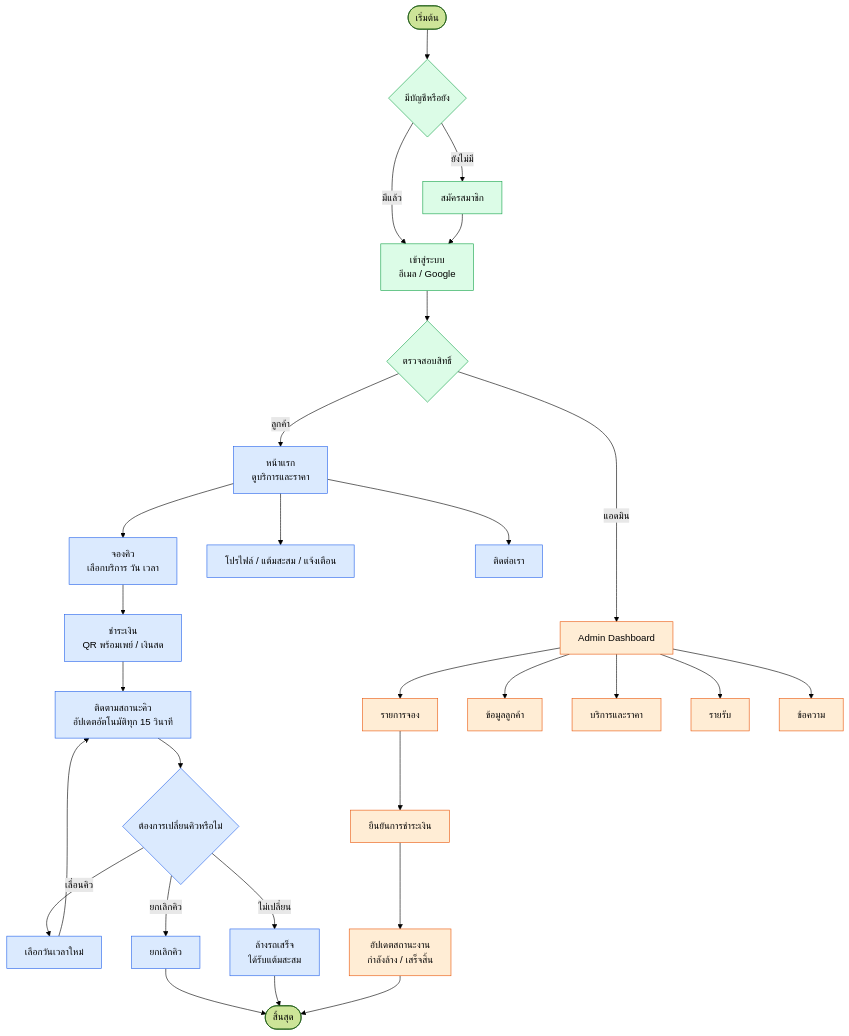
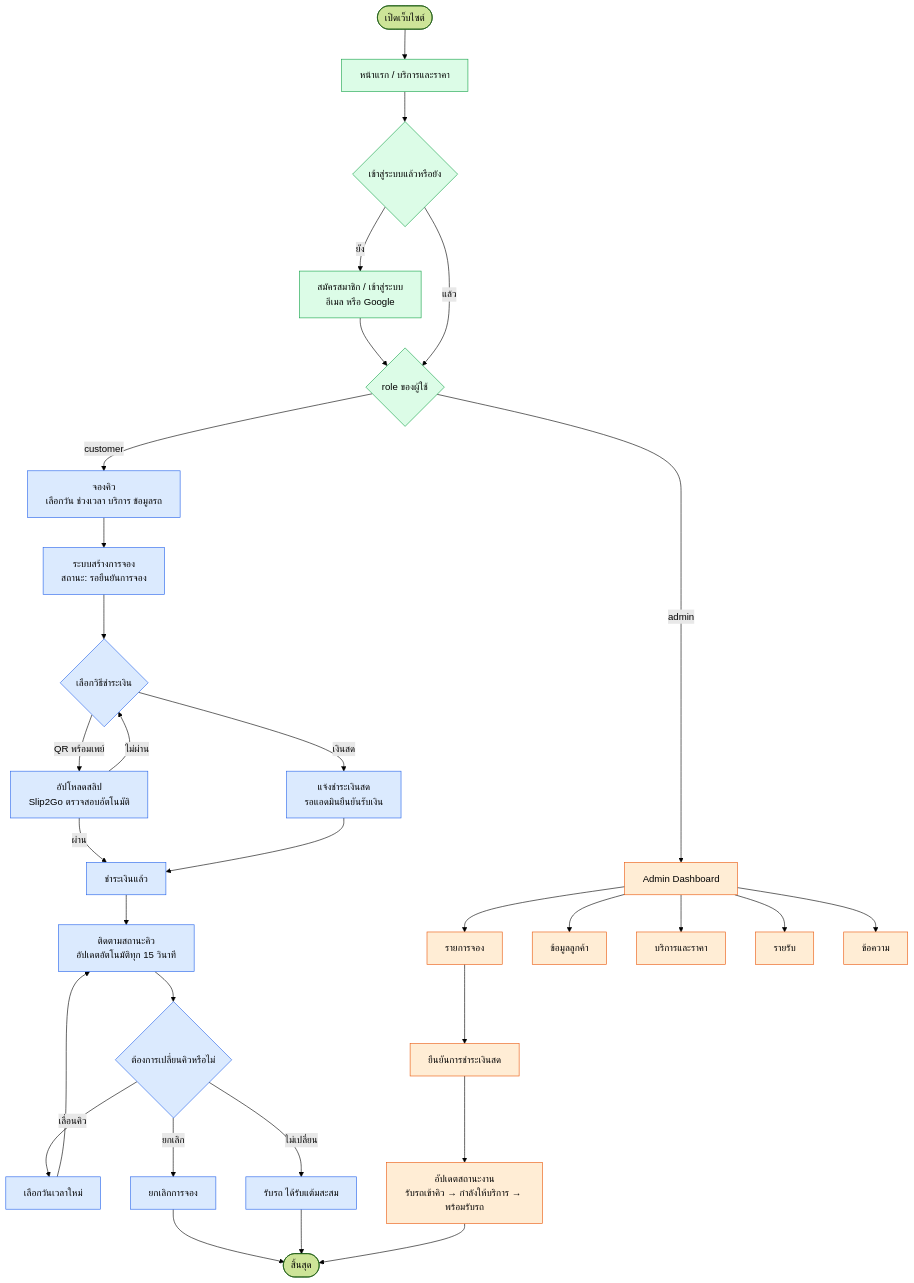
One commit to Patipan26/Group22-CarWash-Queue changed the fifth of 11 diagrams in README.md. Above: the diagram before and after it, drawn with Mermaid (forest theme). The commit also changed other lines of this file, not shown here.

````diff
--- a/README.md
+++ b/README.md
@@ -719,40 +733,43 @@
 ```mermaid
 flowchart TD
-    S(["เริ่มต้น"]) --> L1{"มีบัญชีหรือยัง"}
-    L1 -->|"ยังไม่มี"| L2["สมัครสมาชิก"]
-    L1 -->|"มีแล้ว"| L3["เข้าสู่ระบบ<br/>อีเมล / Google"]
-    L2 --> L3
-    L3 --> R{"ตรวจสอบสิทธิ์"}
+    S(["เปิดเว็บไซต์"]) --> H["หน้าแรก / บริการและราคา"]
+    H --> L{"เข้าสู่ระบบแล้วหรือยัง"}
+    L -->|"ยัง"| AU["สมัครสมาชิก / เข้าสู่ระบบ<br/>อีเมล หรือ Google"]
+    AU --> R
+    L -->|"แล้ว"| R{"role ของผู้ใช้"}
 
-    R -->|"ลูกค้า"| C1["หน้าแรก<br/>ดูบริการและราคา"]
-    C1 --> C2["จองคิว<br/>เลือกบริการ วัน เวลา"]
-    C1 --> M1["โปรไฟล์ / แต้มสะสม / แจ้งเตือน"]
-    C1 --> M2["ติดต่อเรา"]
-    C2 --> C3["ชำระเงิน<br/>QR พร้อมเพย์ / เงินสด"]
-    C3 --> C4["ติดตามสถานะคิว<br/>อัปเดตอัตโนมัติทุก 15 วินาที"]
-    C4 --> C5{"ต้องการเปลี่ยนคิวหรือไม่"}
-    C5 -->|"เลื่อนคิว"| C6["เลือกวันเวลาใหม่"]
-    C5 -->|"ยกเลิกคิว"| C7["ยกเลิกคิว"]
-    C5 -->|"ไม่เปลี่ยน"| C8["ล้างรถเสร็จ<br/>ได้รับแต้มสะสม"]
-    C6 --> C4
+    R -->|"customer"| C1["จองคิว<br/>เลือกวัน ช่วงเวลา บริการ ข้อมูลรถ"]
+    C1 --> C2["ระบบสร้างการจอง<br/>สถานะ: รอยืนยันการจอง"]
+    C2 --> C3{"เลือกวิธีชำระเงิน"}
+    C3 -->|"QR พร้อมเพย์"| C4["อัปโหลดสลิป<br/>Slip2Go ตรวจสอบอัตโนมัติ"]
+    C4 -->|"ไม่ผ่าน"| C3
+    C4 -->|"ผ่าน"| C6["ชำระเงินแล้ว"]
+    C3 -->|"เงินสด"| C5["แจ้งชำระเงินสด<br/>รอแอดมินยืนยันรับเงิน"]
+    C5 --> C6
+    C6 --> C7["ติดตามสถานะคิว<br/>อัปเดตอัตโนมัติทุก 15 วินาที"]
+    C7 --> C8{"ต้องการเปลี่ยนคิวหรือไม่"}
+    C8 -->|"เลื่อนคิว"| C9["เลือกวันเวลาใหม่"]
+    C9 --> C7
+    C8 -->|"ยกเลิก"| C10["ยกเลิกการจอง"]
+    C8 -->|"ไม่เปลี่ยน"| C11["รับรถ ได้รับแต้มสะสม"]
 
-    R -->|"แอดมิน"| A0["Admin Dashboard"]
+    R -->|"admin"| A0["Admin Dashboard"]
     A0 --> A1["รายการจอง"]
-    A1 --> A2["ยืนยันการชำระเงิน"]
-    A2 --> A3["อัปเดตสถานะงาน<br/>กำลังล้าง / เสร็จสิ้น"]
+    A1 --> A2["ยืนยันการชำระเงินสด"]
+    A2 --> A3["อัปเดตสถานะงาน<br/>รับรถเข้าคิว → กำลังให้บริการ → พร้อมรับรถ"]
     A0 --> A4["ข้อมูลลูกค้า"]
     A0 --> A5["บริการและราคา"]
     A0 --> A6["รายรับ"]
     A0 --> A7["ข้อความ"]
 
-    C7 --> E(["สิ้นสุด"])
-    C8 --> E
+    C10 --> E(["สิ้นสุด"])
+    C11 --> E
     A3 --> E
 
+    classDef common fill:#dcfce7,stroke:#16a34a,color:#000
     classDef customer fill:#dbeafe,stroke:#2563eb,color:#000
     classDef admin fill:#ffedd5,stroke:#ea580c,color:#000
-    classDef common fill:#dcfce7,stroke:#16a34a,color:#000
-    class C1,C2,C3,C4,C5,C6,C7,C8,M1,M2 customer
+    class H,L,AU,R common
+    class C1,C2,C3,C4,C5,C6,C7,C8,C9,C10,C11 customer
     class A0,A1,A2,A3,A4,A5,A6,A7 admin
-    class L1,L2,L3,R common
 ```
````
